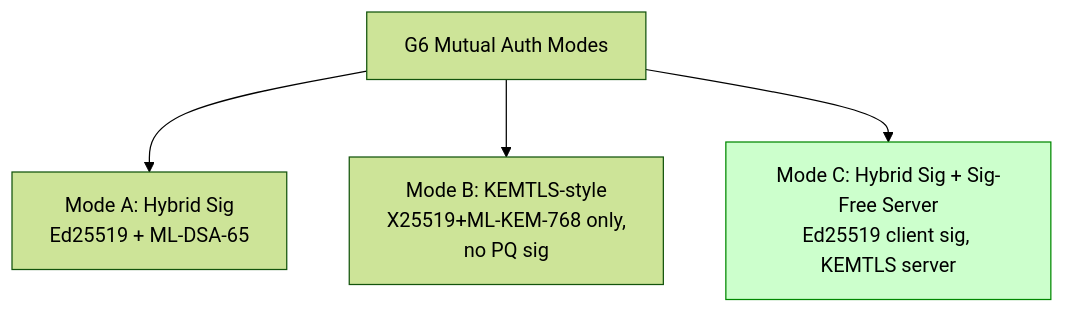
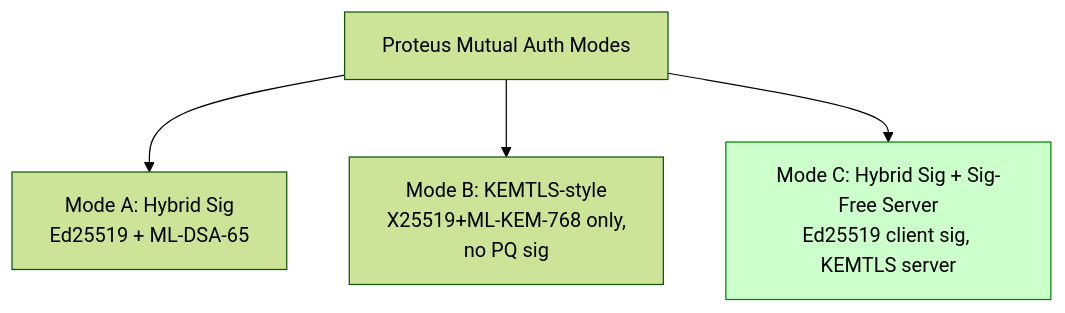
One commit to Icarus603/network-from-scratch changed the third of 6 diagrams in lessons/part-3-cryptography/3.17-advanced-frontiers.md. Above: the diagram before and after it, drawn with Mermaid (forest theme). The commit also changed other lines of this file and 300 other files, not shown here.

````diff
--- a/lessons/part-3-cryptography/3.17-advanced-frontiers.md
+++ b/lessons/part-3-cryptography/3.17-advanced-frontiers.md
@@ -173,10 +173,10 @@
 ```mermaid
 flowchart TD
-    G6Auth[G6 Mutual Auth Modes]
-    G6Auth --> Mode_HybSig[Mode A: Hybrid Sig<br/>Ed25519 + ML-DSA-65]
-    G6Auth --> Mode_KEMonly[Mode B: KEMTLS-style<br/>X25519+ML-KEM-768 only,<br/>no PQ sig]
-    G6Auth --> Mode_Bal[Mode C: Hybrid Sig + Sig-Free Server<br/>Ed25519 client sig, KEMTLS server]
+    ProteusAuth[Proteus Mutual Auth Modes]
+    ProteusAuth --> Mode_HybSig[Mode A: Hybrid Sig<br/>Ed25519 + ML-DSA-65]
+    ProteusAuth --> Mode_KEMonly[Mode B: KEMTLS-style<br/>X25519+ML-KEM-768 only,<br/>no PQ sig]
+    ProteusAuth --> Mode_Bal[Mode C: Hybrid Sig + Sig-Free Server<br/>Ed25519 client sig, KEMTLS server]
     
     classDef chosen fill:#cfc,stroke:#080
     Mode_Bal:::chosen
 ```
````
